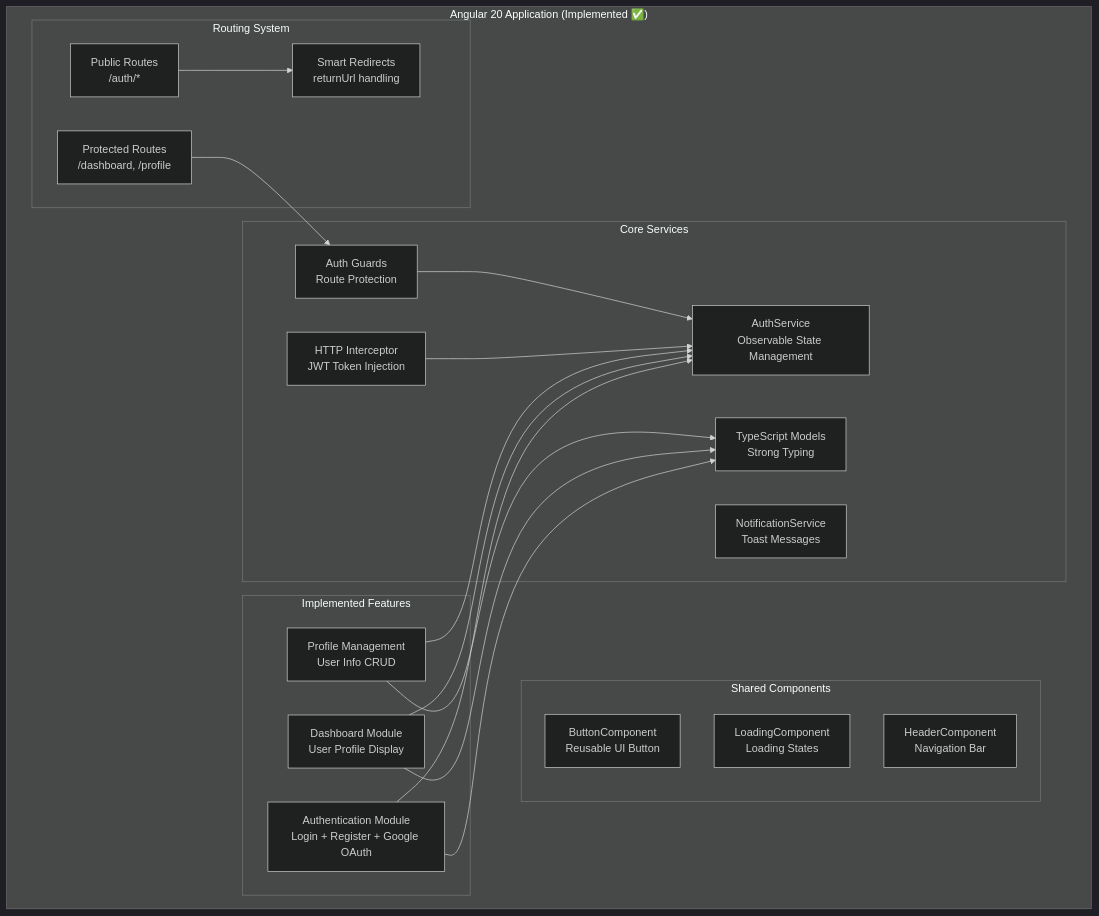
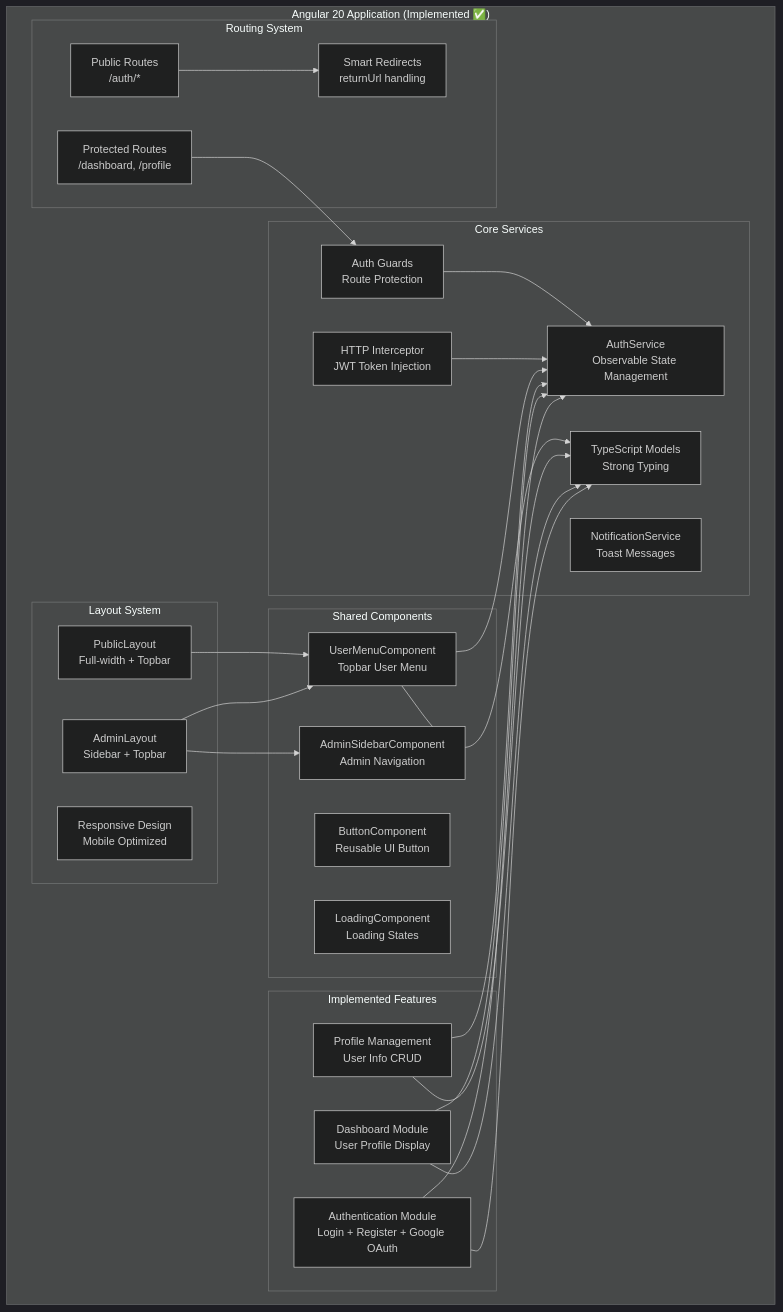
One commit to mdabdullahfaruque/StudyBridgeBD changed diagram 18 of 28 in docs/PROJECT_DOCUMENTATION.md. Above: the diagram before and after it, drawn with Mermaid (dark theme). The commit also changed 2 other files, not shown here.

Commit message:
feat: Add UserMenuComponent and optimize admin/public layout for improved navigation and responsiveness

````diff
--- a/docs/PROJECT_DOCUMENTATION.md
+++ b/docs/PROJECT_DOCUMENTATION.md
@@ -795,44 +795,57 @@
 ```mermaid
 graph TB
     subgraph "Angular 20 Application (Implemented ✅)"
         subgraph "Core Services"
             AUTH_SVC[AuthService<br/>Observable State Management]
             HTTP_INT[HTTP Interceptor<br/>JWT Token Injection]
             GUARDS[Auth Guards<br/>Route Protection]
             MODELS[TypeScript Models<br/>Strong Typing]
             NOTIFICATION[NotificationService<br/>Toast Messages]
         end
         
         subgraph "Implemented Features"
             AUTH_COMP[Authentication Module<br/>Login + Register + Google OAuth]
             DASHBOARD[Dashboard Module<br/>User Profile Display]
             PROFILE[Profile Management<br/>User Info CRUD]
         end
         
         subgraph "Shared Components"
             BUTTON[ButtonComponent<br/>Reusable UI Button]
             LOADING[LoadingComponent<br/>Loading States]
-            HEADER[HeaderComponent<br/>Navigation Bar]
+            USER_MENU[UserMenuComponent<br/>Topbar User Menu]
+            ADMIN_SIDEBAR[AdminSidebarComponent<br/>Admin Navigation]
+        end
+        
+        subgraph "Layout System"
+            ADMIN_LAYOUT[AdminLayout<br/>Sidebar + Topbar]
+            PUBLIC_LAYOUT[PublicLayout<br/>Full-width + Topbar]
+            RESPONSIVE[Responsive Design<br/>Mobile Optimized]
         end
         
         subgraph "Routing System"
             PUBLIC[Public Routes<br/>/auth/*]
             PROTECTED[Protected Routes<br/>/dashboard, /profile]
             REDIRECT[Smart Redirects<br/>returnUrl handling]
         end
     end
     
     AUTH_COMP --> AUTH_SVC
     DASHBOARD --> AUTH_SVC
     PROFILE --> AUTH_SVC
+    USER_MENU --> AUTH_SVC
     
     HTTP_INT --> AUTH_SVC
     GUARDS --> AUTH_SVC
     
     AUTH_COMP --> MODELS
     DASHBOARD --> MODELS
     PROFILE --> MODELS
+    USER_MENU --> MODELS
+    
+    ADMIN_LAYOUT --> USER_MENU
+    PUBLIC_LAYOUT --> USER_MENU
+    ADMIN_LAYOUT --> ADMIN_SIDEBAR
     
     PROTECTED --> GUARDS
     PUBLIC --> REDIRECT
 ```
````
